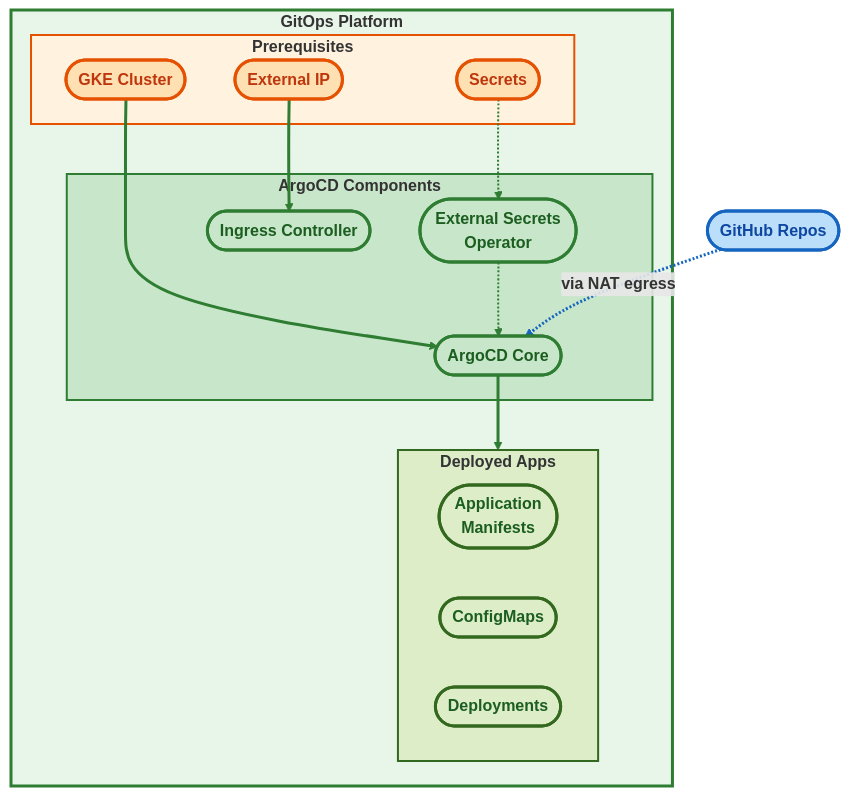
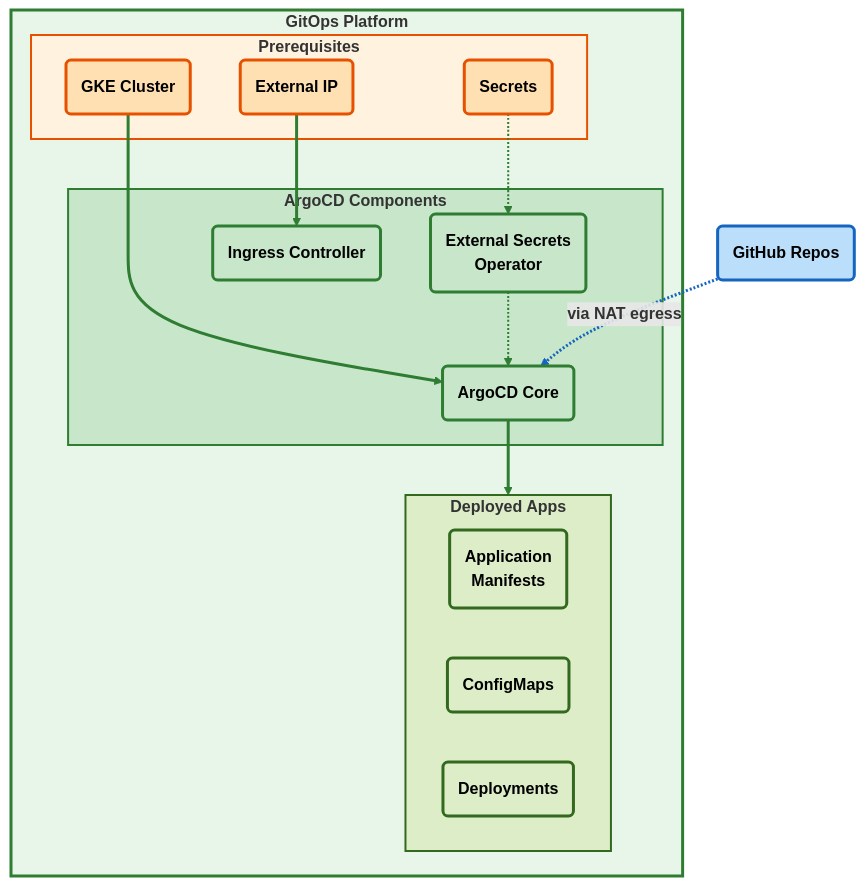
The third of 7 diagrams in docs/ARCHITECTURE_DIAGRAM.md (spolspol/terragrunt-gcp-org-automation), drawn with Mermaid before and after one commit. The commit also changed other lines of this file, not shown here.

Commit message:
Improves architecture diagram readability

````diff
--- a/docs/ARCHITECTURE_DIAGRAM.md
+++ b/docs/ARCHITECTURE_DIAGRAM.md
@@ -279,52 +279,52 @@
 ```mermaid
 flowchart TB
     subgraph GitOpsStack["<b>GitOps Platform</b>"]
         subgraph Prerequisites["<b>Prerequisites</b>"]
-            GKEC(["<b>GKE Cluster</b>"])
-            SECS(["<b>Secrets</b>"])
-            EXTIP(["<b>External IP</b>"])
+            GKEC("<b>GKE Cluster</b>")
+            SECS("<b>Secrets</b>")
+            EXTIP("<b>External IP</b>")
         end
 
         subgraph ArgoComponents["<b>ArgoCD Components</b>"]
-            ARGO(["<b>ArgoCD Core</b>"])
-            ESO(["<b>External Secrets<br/>Operator</b>"])
-            INGRESS(["<b>Ingress Controller</b>"])
+            ARGO("<b>ArgoCD Core</b>")
+            ESO("<b>External Secrets<br/>Operator</b>")
+            INGRESS("<b>Ingress Controller</b>")
         end
 
         subgraph Applications["<b>Deployed Apps</b>"]
-            APPS(["<b>Application<br/>Manifests</b>"])
-            CONFIGS(["<b>ConfigMaps</b>"])
-            DEPLOYS(["<b>Deployments</b>"])
+            APPS("<b>Application<br/>Manifests</b>")
+            CONFIGS("<b>ConfigMaps</b>")
+            DEPLOYS("<b>Deployments</b>")
         end
     end
 
     GKEC ==> ARGO
     SECS -.-> ESO
     ESO -.-> ARGO
     EXTIP ==> INGRESS
     ARGO ==> Applications
 
-    GITHUB(["<b>GitHub Repos</b>"]) -.->|"<b>via NAT egress</b>"| ARGO
+    GITHUB("<b>GitHub Repos</b>") -.->|"<b>via NAT egress</b>"| ARGO
 
-    classDef prereq fill:#ffe0b2,stroke:#e65100,stroke-width:3px,font-weight:bold,color:#bf360c
-    classDef argo fill:#c8e6c9,stroke:#2e7d32,stroke-width:3px,font-weight:bold,color:#1b5e20
-    classDef apps fill:#dcedc8,stroke:#33691e,stroke-width:3px,font-weight:bold,color:#1b5e20
-    classDef ext fill:#bbdefb,stroke:#1565c0,stroke-width:3px,font-weight:bold,color:#0d47a1
+    classDef prereq fill:#ffe0b2,stroke:#e65100,stroke-width:3px,font-weight:bold,color:#000
+    classDef argo fill:#c8e6c9,stroke:#2e7d32,stroke-width:3px,font-weight:bold,color:#000
+    classDef apps fill:#dcedc8,stroke:#33691e,stroke-width:3px,font-weight:bold,color:#000
+    classDef ext fill:#bbdefb,stroke:#1565c0,stroke-width:3px,font-weight:bold,color:#000
 
     class GKEC,SECS,EXTIP prereq
     class ARGO,ESO,INGRESS argo
     class APPS,CONFIGS,DEPLOYS apps
     class GITHUB ext
 
     linkStyle 0 stroke:#2e7d32,stroke-width:3px
     linkStyle 1 stroke:#2e7d32,stroke-width:2px
     linkStyle 2 stroke:#2e7d32,stroke-width:2px
     linkStyle 3 stroke:#2e7d32,stroke-width:3px
     linkStyle 4 stroke:#2e7d32,stroke-width:3px
     linkStyle 5 stroke:#1565c0,stroke-width:3px
 
     style GitOpsStack fill:#e8f5e9,stroke:#2e7d32,stroke-width:3px
     style Prerequisites fill:#fff3e0,stroke:#e65100,stroke-width:2px
     style ArgoComponents fill:#c8e6c9,stroke:#2e7d32,stroke-width:2px
     style Applications fill:#dcedc8,stroke:#33691e,stroke-width:2px
 ```
````
